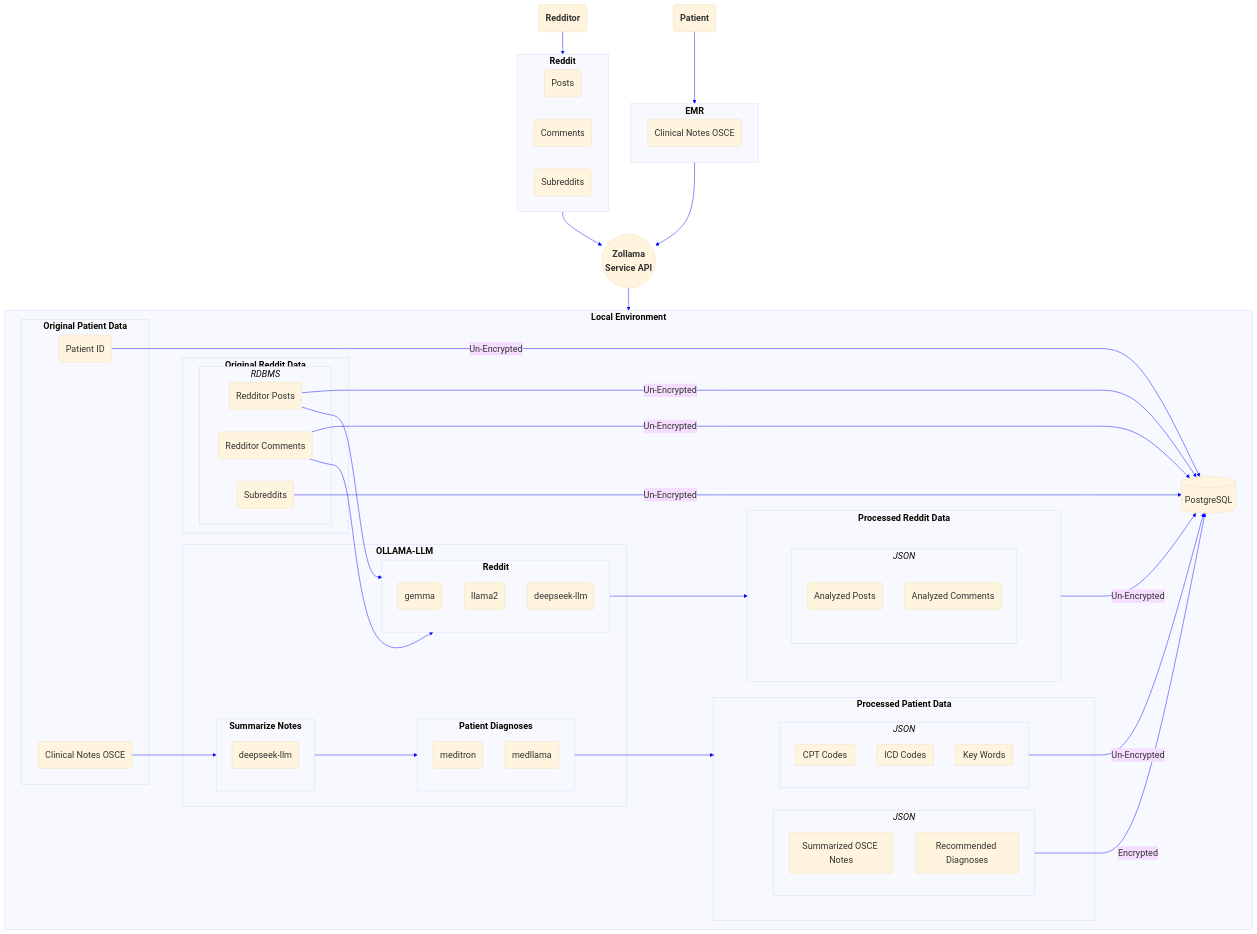
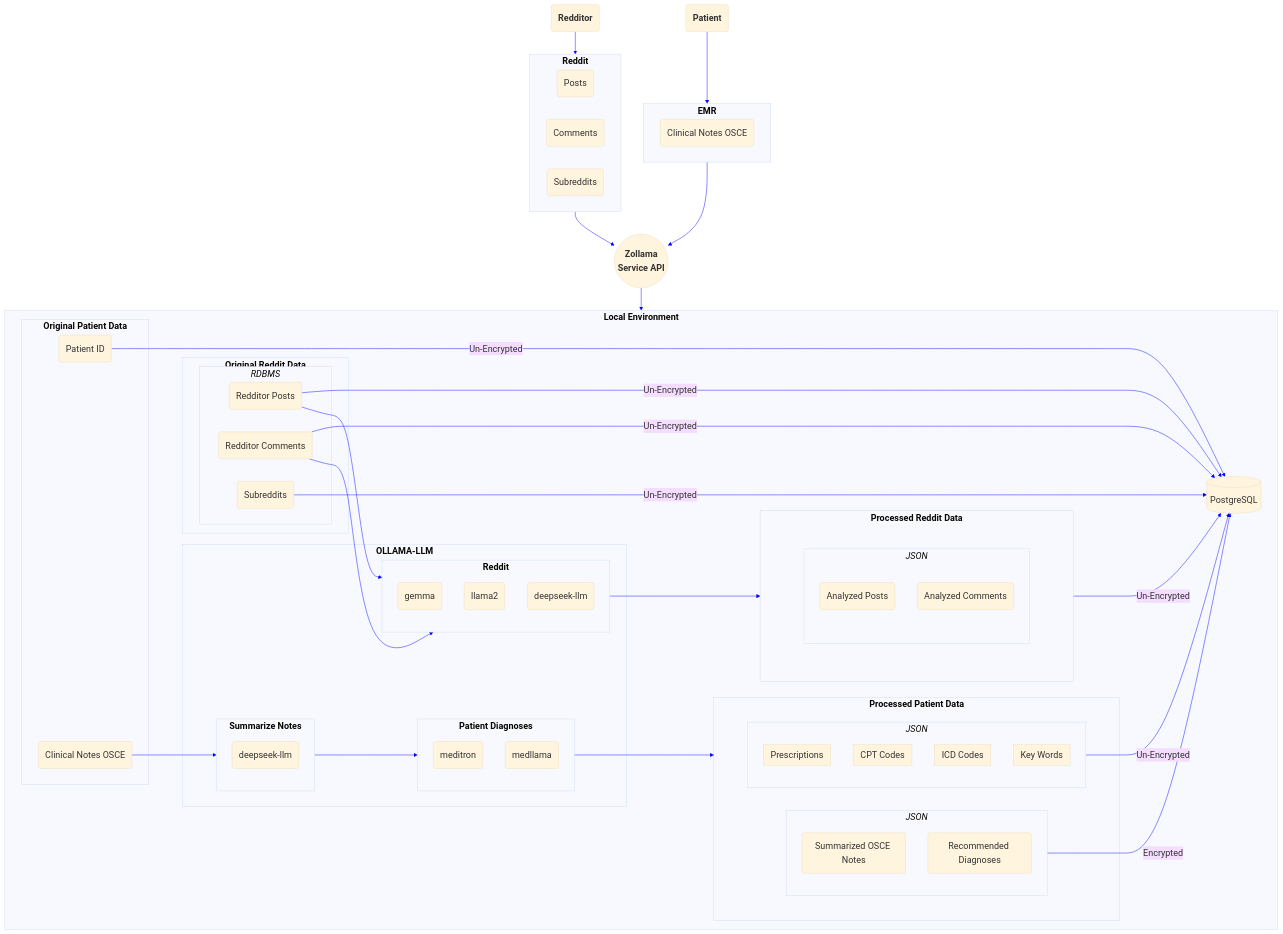
The first of 3 diagrams in README.md (ovaisq/LLM-MedBillingForecast), drawn with Mermaid before and after one commit.

Commit message:
added prescriptions prompt as well

```diff
--- a/README.md
+++ b/README.md
@@ -82,6 +82,8 @@
 end
 subgraph CPT["CPT Codes"]
 end
+subgraph PRESCRIPTION["Prescriptions"]
+end
 end
 end
 end
```
